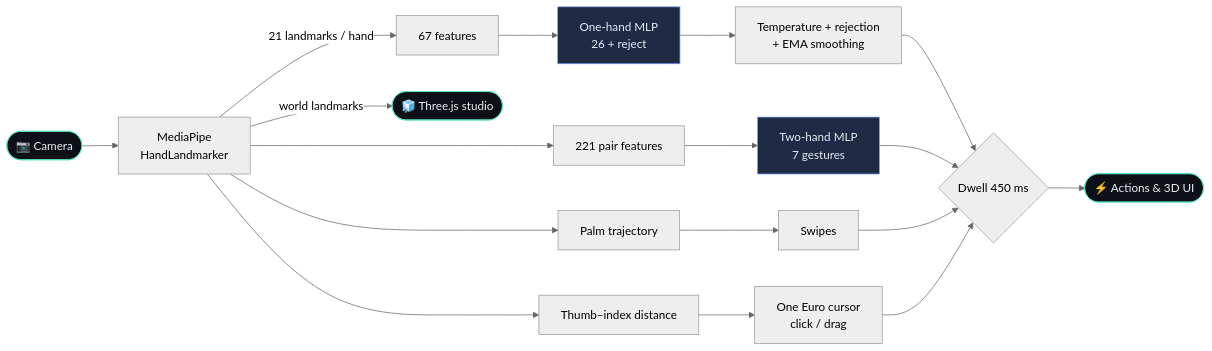
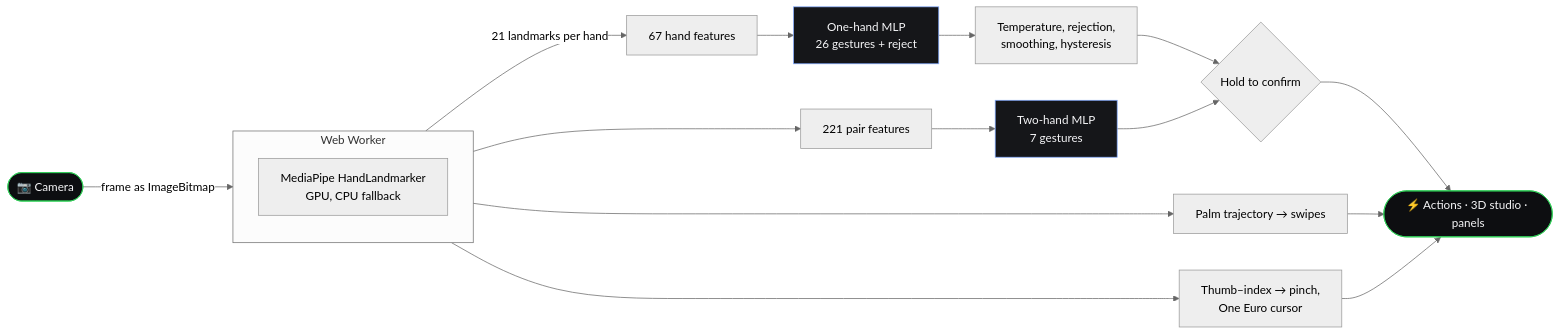
The diagram in README.md (Harishik/Hand-Gesture-Recognition), drawn with Mermaid (neutral theme) before and after one commit. The commit also changed other lines of this file and 9 other files, not shown here.

````diff
--- a/README.md
+++ b/README.md
@@ -125,20 +132,20 @@
 ```mermaid
 flowchart LR
-    CAM([📷 Camera]) --> LM[MediaPipe<br/>HandLandmarker]
-    LM -->|21 landmarks / hand| F1[67 features]
-    LM --> F2[221 pair features]
-    LM --> PALM[Palm trajectory]
-    LM --> PINCH[Thumb–index distance]
-    F1 --> M1[One-hand MLP<br/>26 + reject]
+    CAM([📷 Camera]) -->|frame as ImageBitmap| W
+    subgraph W [Web Worker]
+      LM[MediaPipe HandLandmarker<br/>GPU, CPU fallback]
+    end
+    W -->|21 landmarks per hand| F1[67 hand features]
+    W --> F2[221 pair features]
+    F1 --> M1[One-hand MLP<br/>26 gestures + reject]
     F2 --> M2[Two-hand MLP<br/>7 gestures]
-    M1 --> CAL[Temperature + rejection<br/>+ EMA smoothing]
-    PALM --> SW[Swipes]
-    PINCH --> CUR[One Euro cursor<br/>click / drag]
-    CAL & M2 & SW & CUR --> DW{Dwell 450 ms}
-    DW --> ACT([⚡ Actions & 3D UI])
-    LM -->|world landmarks| UI3D([🧊 Three.js studio])
-    classDef io fill:#0d1117,stroke:#58e6c1,color:#e6edf3
-    classDef model fill:#1f2a44,stroke:#7aa2ff,color:#e6edf3
-    class CAM,ACT,UI3D io
+    M1 --> S[Temperature, rejection,<br/>smoothing, hysteresis]
+    W --> SW[Palm trajectory → swipes]
+    W --> PI[Thumb–index → pinch,<br/>One Euro cursor]
+    S & M2 --> DW{Hold to confirm}
+    DW & SW & PI --> UI([⚡ Actions · 3D studio · panels])
+    classDef io fill:#0d0e11,stroke:#30d158,color:#f5f5f7
+    classDef model fill:#151619,stroke:#7fa8ff,color:#f5f5f7
+    class CAM,UI io
     class M1,M2 model
 ```
````
